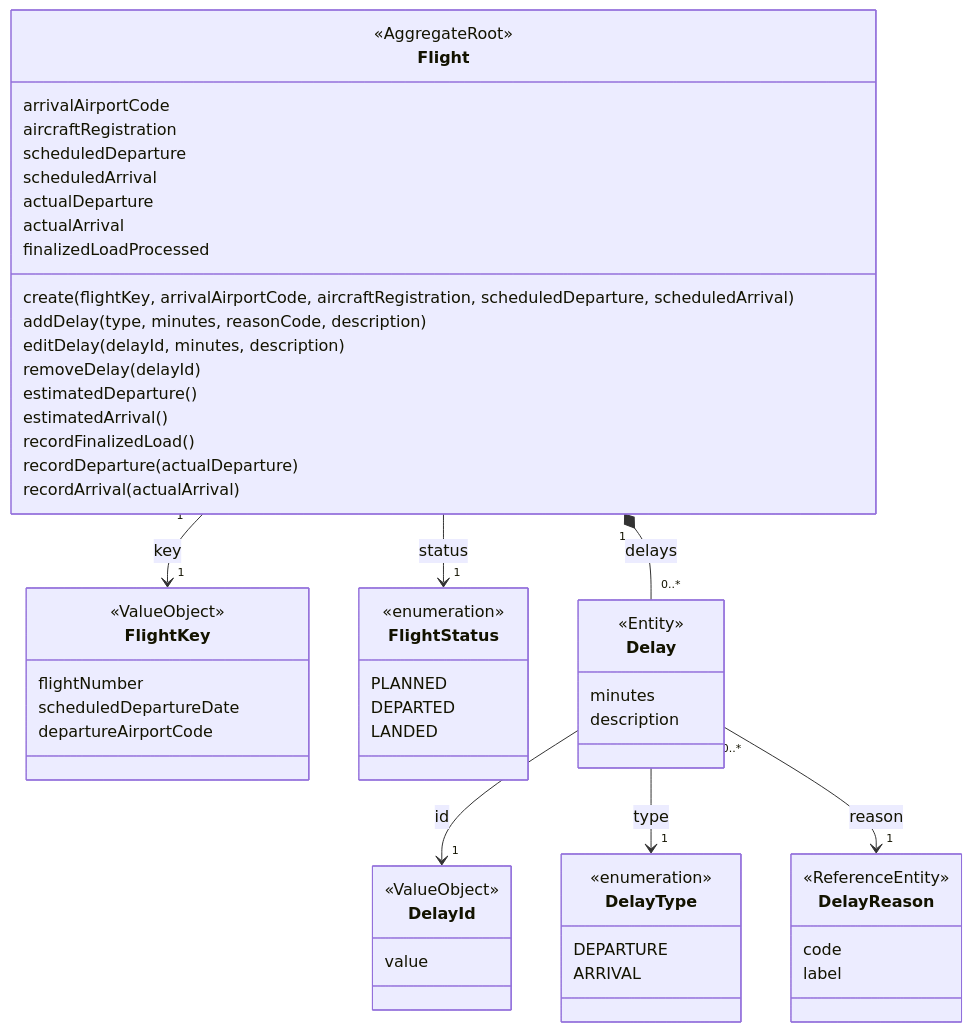
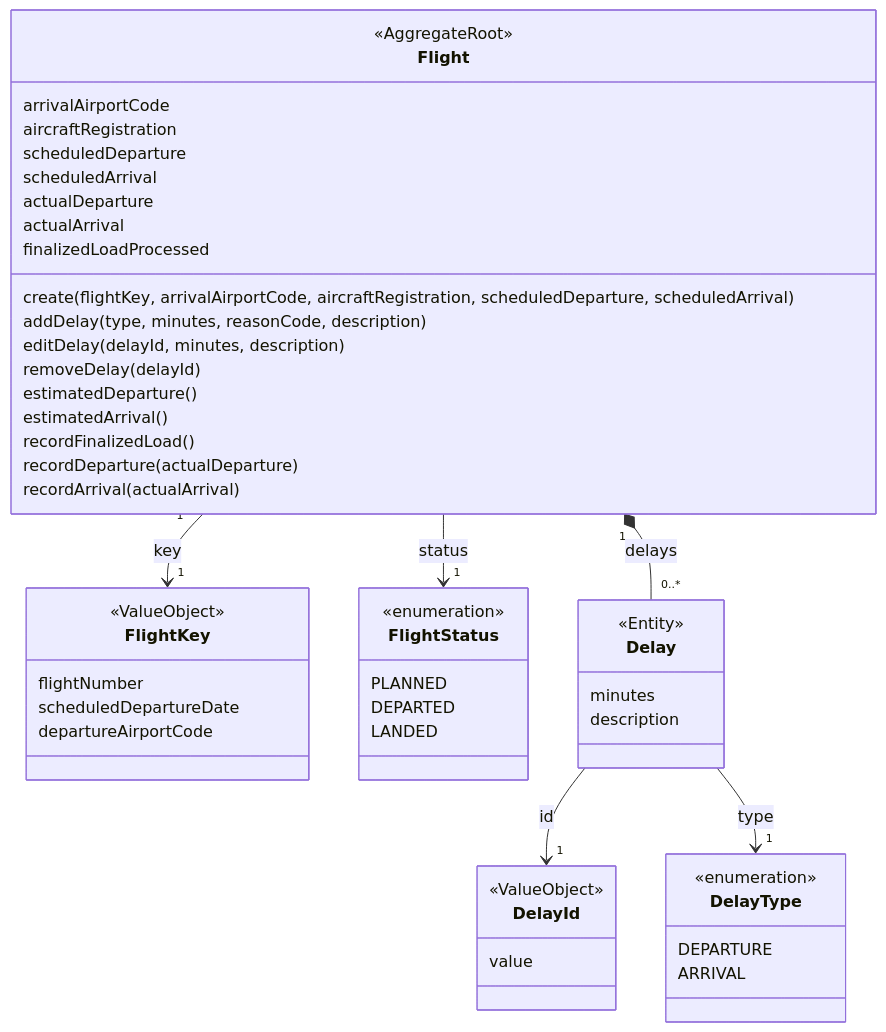
Before and after one commit to ebhd/air-freight-operations: the sixth of 9 diagrams in architecture/analyse.md, drawn with Mermaid. The commit also changed other lines of this file, not shown here.

Commit message:
docs(actors): added actors to the analyse.md

````diff
--- a/architecture/analyse.md
+++ b/architecture/analyse.md
@@ -268,68 +269,64 @@
 ```mermaid
 classDiagram
     direction TB
 
     class Flight {
         <<AggregateRoot>>
         arrivalAirportCode
         aircraftRegistration
         scheduledDeparture
         scheduledArrival
         actualDeparture
         actualArrival
         finalizedLoadProcessed
         create(flightKey, arrivalAirportCode, aircraftRegistration, scheduledDeparture, scheduledArrival)
         addDelay(type, minutes, reasonCode, description)
         editDelay(delayId, minutes, description)
         removeDelay(delayId)
         estimatedDeparture()
         estimatedArrival()
         recordFinalizedLoad()
         recordDeparture(actualDeparture)
         recordArrival(actualArrival)
     }
 
     class FlightKey {
         <<ValueObject>>
         flightNumber
         scheduledDepartureDate
         departureAirportCode
     }
 
     class FlightStatus {
         <<enumeration>>
         PLANNED
         DEPARTED
         LANDED
     }
 
     class Delay {
         <<Entity>>
         minutes
         description
     }
 
     class DelayId {
         <<ValueObject>>
         value
     }
 
     class DelayType {
         <<enumeration>>
         DEPARTURE
         ARRIVAL
     }
 
-    class DelayReason {
-        <<ReferenceEntity>>
-        code
-        label
-    }
+
 
     Flight "1" *-- "0..*" Delay : delays
     Flight "1" --> "1" FlightKey : key
     Flight --> "1" FlightStatus : status
     Delay --> "1" DelayId : id
     Delay --> "1" DelayType : type
-    Delay "0..*" --> "1" DelayReason : reason
+
 ```
````
